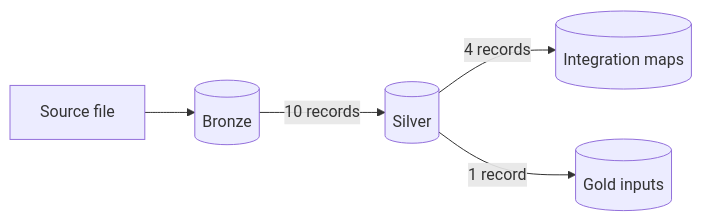
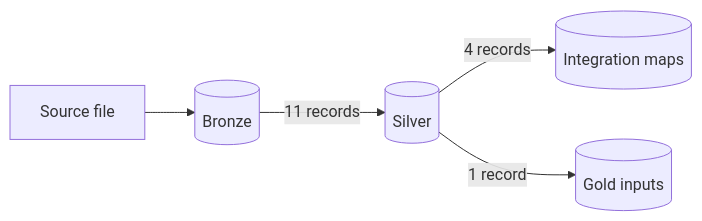
Before and after one commit to hyenalouise/edu-access-sandbox: the diagram in evidence/reconciliation/README.md, drawn with Mermaid. The commit also changed other lines of this file and 25 other files, not shown here.

````diff
--- a/evidence/reconciliation/README.md
+++ b/evidence/reconciliation/README.md
@@ -5,5 +5,5 @@
 ```mermaid
 flowchart LR
-    file[Source file] --> bronze[(Bronze)] -->|10 records| silver[(Silver)] -->|4 records| maps[(Integration maps)]
+    file[Source file] --> bronze[(Bronze)] -->|11 records| silver[(Silver)] -->|4 records| maps[(Integration maps)]
     silver -->|1 record| gold[(Gold inputs)]
 ```
````
